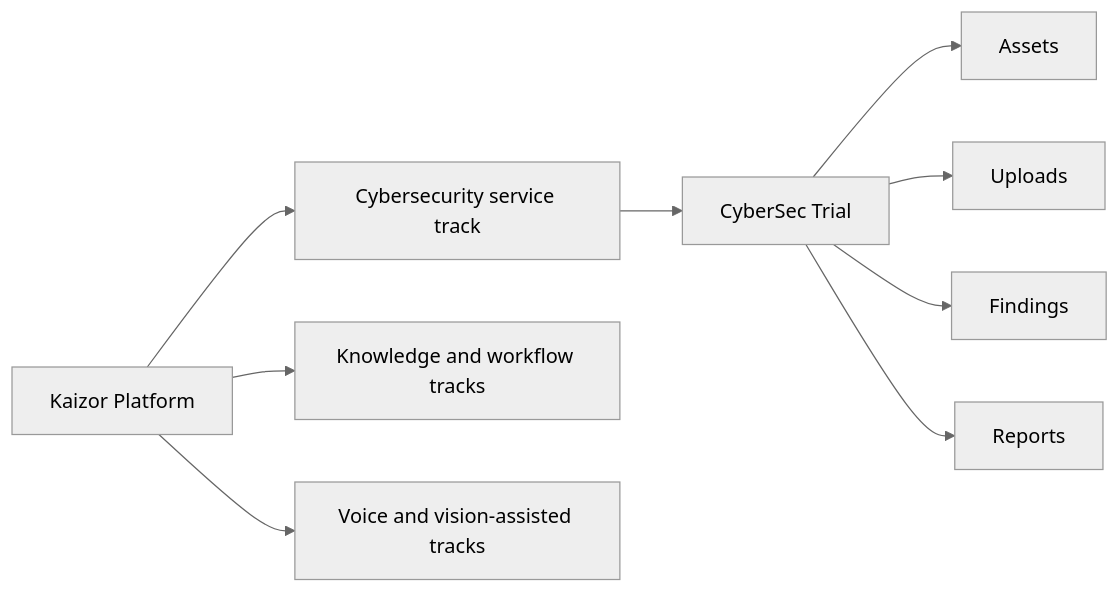
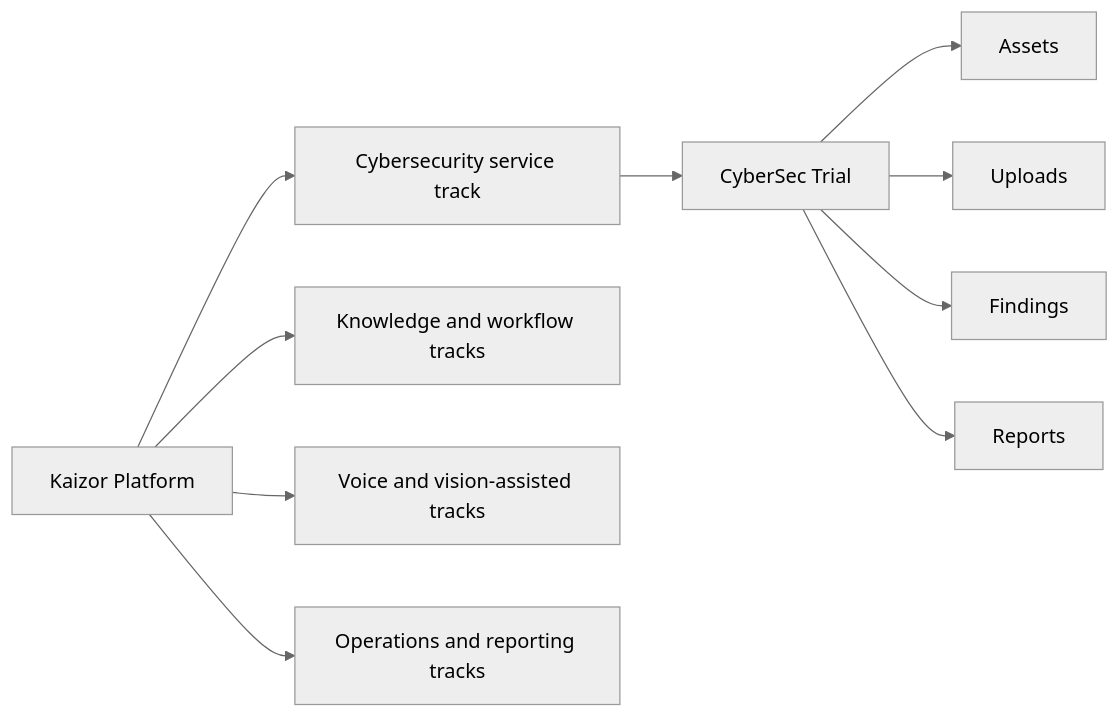
Before and after one commit to AhmedMira/kaizor-trial-release: the sixth of 6 diagrams in KAIZOR_PLATFORM_README.md, drawn with Mermaid (neutral theme). The commit also changed other lines of this file, not shown here.

Commit message:
docs: expand full kaizor platform readme with roadmap and broader capability map

````diff
--- a/KAIZOR_PLATFORM_README.md
+++ b/KAIZOR_PLATFORM_README.md
@@ -211,12 +376,13 @@
 ```mermaid
 flowchart LR
   P[Kaizor Platform] --> C1[Cybersecurity service track]
   P --> C2[Knowledge and workflow tracks]
   P --> C3[Voice and vision-assisted tracks]
+  P --> C4[Operations and reporting tracks]
 
   C1 --> T[CyberSec Trial]
   T --> A[Assets]
   T --> U[Uploads]
   T --> F[Findings]
   T --> R[Reports]
 ```
````
